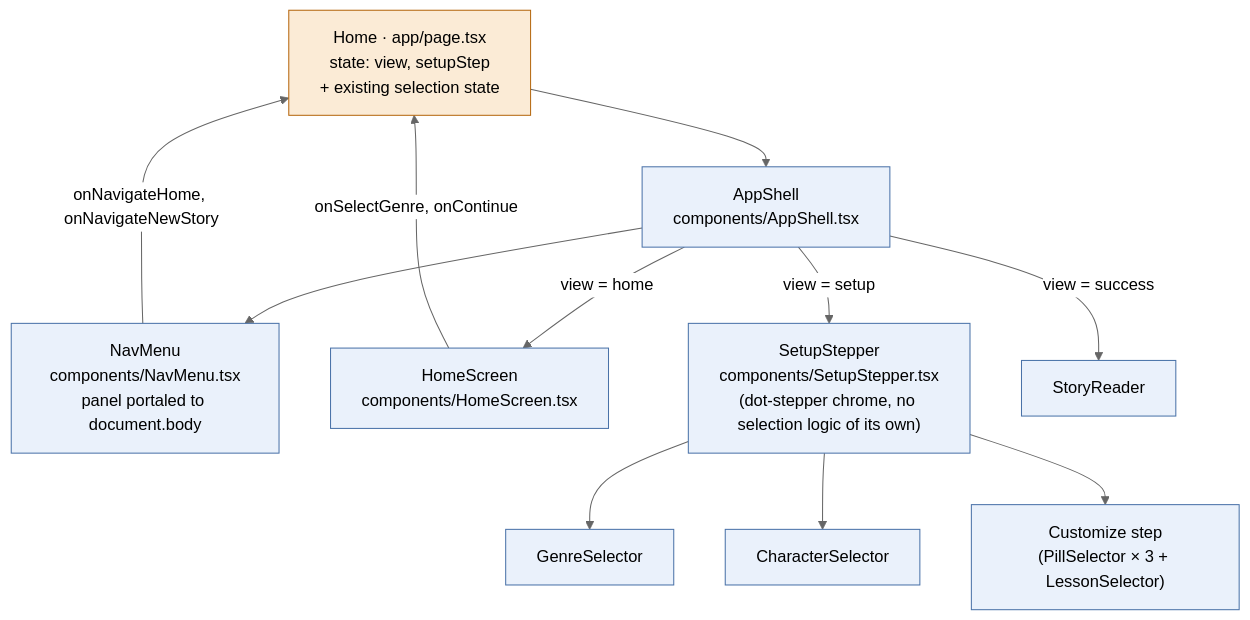
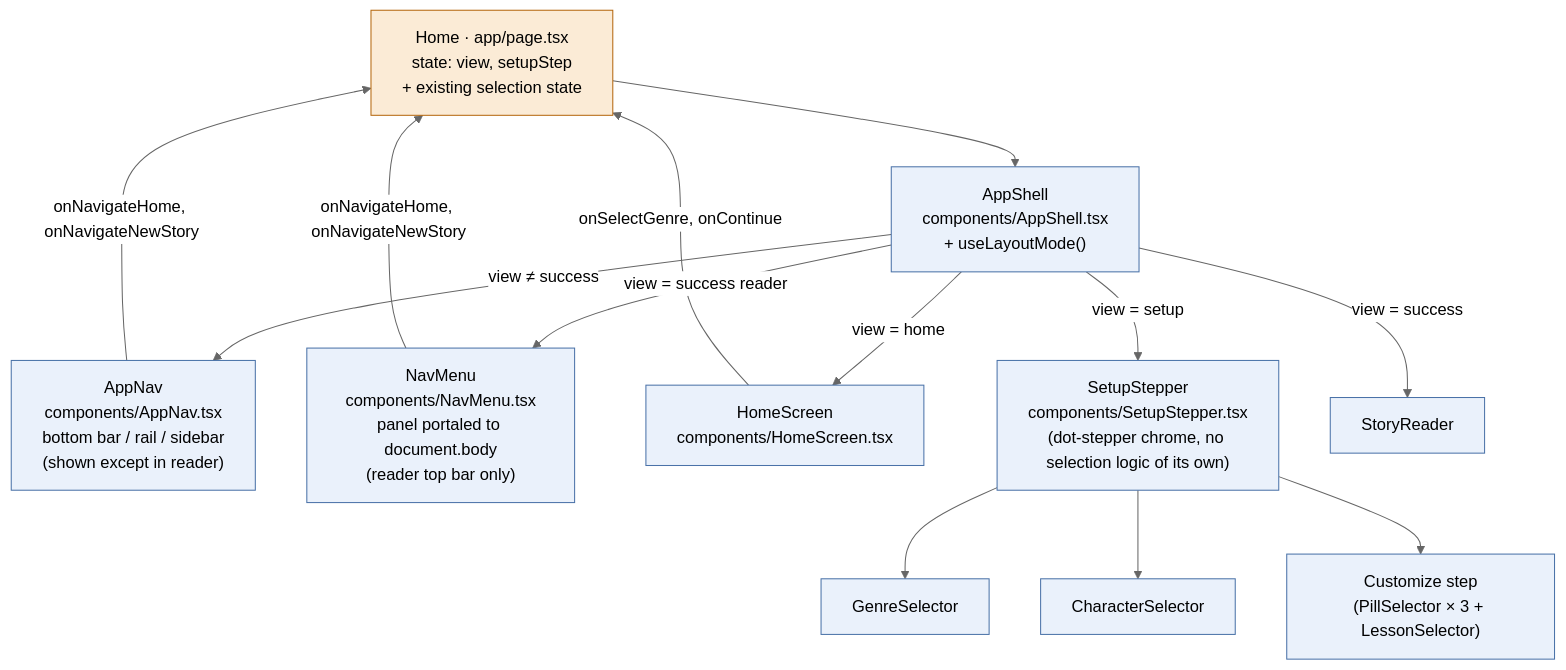
One commit to aio-studios/children-story-app changed the sixth of 8 diagrams in docs/architecture.md. Above: the diagram before and after it, drawn with Mermaid (neutral theme). The commit also changed other lines of this file and 7 other files, not shown here.

First line of the commit message:
V2 nav shell: responsive bottom bar / rail / sidebar (#73/#75)

````diff
--- a/docs/architecture.md
+++ b/docs/architecture.md
@@ -298,28 +298,31 @@
 ```mermaid
 graph TD
   Page["Home · app/page.tsx<br/>state: view, setupStep<br/>+ existing selection state"]
-  Shell["AppShell<br/>components/AppShell.tsx"]
-  Nav["NavMenu<br/>components/NavMenu.tsx<br/>panel portaled to document.body"]
+  Shell["AppShell<br/>components/AppShell.tsx<br/>+ useLayoutMode()"]
+  AppNav["AppNav<br/>components/AppNav.tsx<br/>bottom bar / rail / sidebar<br/>(shown except in reader)"]
+  Nav["NavMenu<br/>components/NavMenu.tsx<br/>panel portaled to document.body<br/>(reader top bar only)"]
   HS["HomeScreen<br/>components/HomeScreen.tsx"]
   Stepper["SetupStepper<br/>components/SetupStepper.tsx<br/>(dot-stepper chrome, no selection logic of its own)"]
   GS["GenreSelector"]
   CS["CharacterSelector"]
   Cust["Customize step<br/>(PillSelector × 3 + LessonSelector)"]
   SR["StoryReader"]
 
   Page --> Shell
-  Shell --> Nav
+  Shell -->|view ≠ success| AppNav
+  Shell -->|view = success reader| Nav
   Shell -->|view = home| HS
   Shell -->|view = setup| Stepper
   Shell -->|view = success| SR
   Stepper --> GS
   Stepper --> CS
   Stepper --> Cust
   HS -->|onSelectGenre, onContinue| Page
+  AppNav -->|onNavigateHome, onNavigateNewStory| Page
   Nav -->|onNavigateHome, onNavigateNewStory| Page
 
   classDef stateful fill:#FBEBD6,stroke:#B5670E;
   classDef plain fill:#EAF1FB,stroke:#4A72A8;
   class Page stateful;
-  class Shell,Nav,HS,Stepper,GS,CS,Cust,SR plain;
+  class Shell,AppNav,Nav,HS,Stepper,GS,CS,Cust,SR plain;
 ```
````
